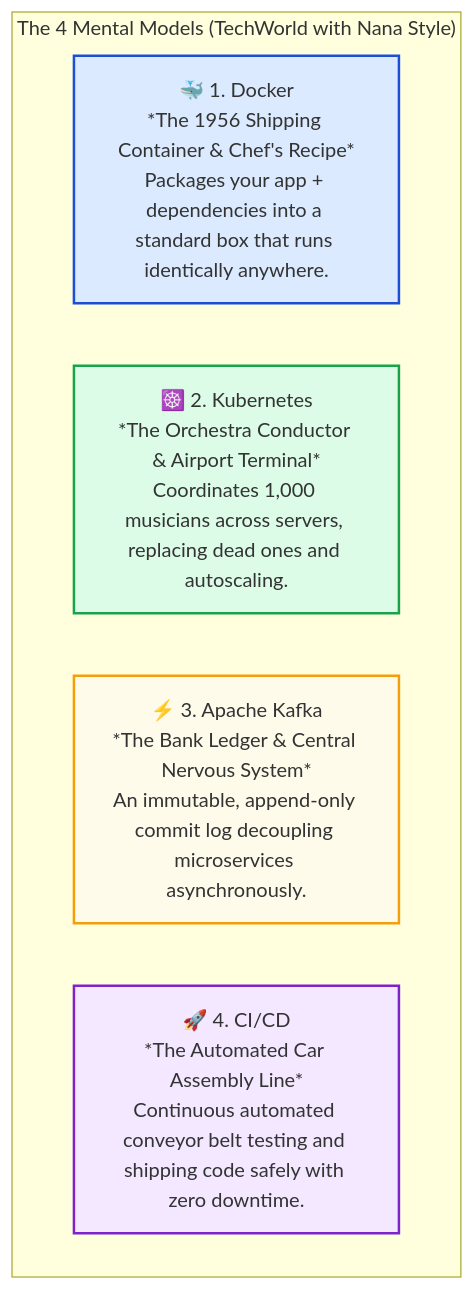
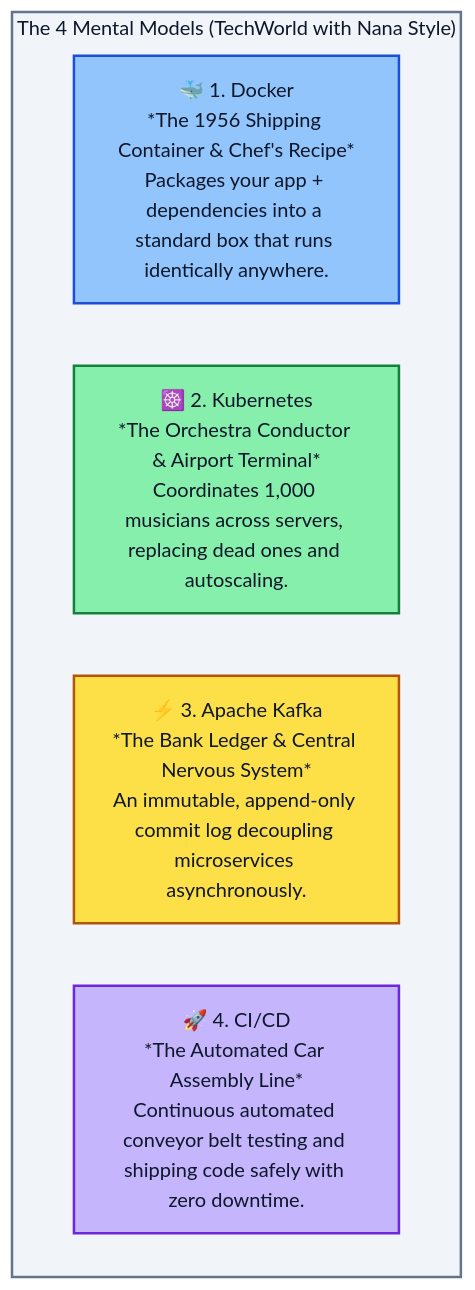
Before and after one commit to PandeyKishan/Study-Notes: the first of 3 diagrams in README.md, drawn with Mermaid. The commit also changed other lines of this file and 22 other files, not shown here.

Commit message:
docs: enhance diagram visibility with high-contrast palette and add concise book definitions

````diff
--- a/README.md
+++ b/README.md
@@ -14,14 +14,15 @@
 ```mermaid
 flowchart TD
     subgraph Analogies["The 4 Mental Models (TechWorld with Nana Style)"]
         D["🐳 1. Docker\n*The 1956 Shipping Container & Chef's Recipe*\nPackages your app + dependencies into a standard box that runs identically anywhere."]
         K["☸️ 2. Kubernetes\n*The Orchestra Conductor & Airport Terminal*\nCoordinates 1,000 musicians across servers, replacing dead ones and autoscaling."]
         KF["⚡ 3. Apache Kafka\n*The Bank Ledger & Central Nervous System*\nAn immutable, append-only commit log decoupling microservices asynchronously."]
         CI["🚀 4. CI/CD\n*The Automated Car Assembly Line*\nContinuous automated conveyor belt testing and shipping code safely with zero downtime."]
     end
 
-    style D fill:#dbeafe,stroke:#1d4ed8,stroke-width:2px
-    style K fill:#dcfce7,stroke:#16a34a,stroke-width:2px
-    style KF fill:#fffbeb,stroke:#f59e0b,stroke-width:2px
-    style CI fill:#f3e8ff,stroke:#7e22ce,stroke-width:2px
+    style Analogies fill:#f1f5f9,stroke:#64748b,stroke-width:2px,color:#0f172a
+    style D fill:#93c5fd,stroke:#1d4ed8,stroke-width:2px,color:#0f172a
+    style K fill:#86efac,stroke:#15803d,stroke-width:2px,color:#0f172a
+    style KF fill:#fde047,stroke:#b45309,stroke-width:2px,color:#0f172a
+    style CI fill:#c4b5fd,stroke:#6d28d9,stroke-width:2px,color:#0f172a
 ```
````
